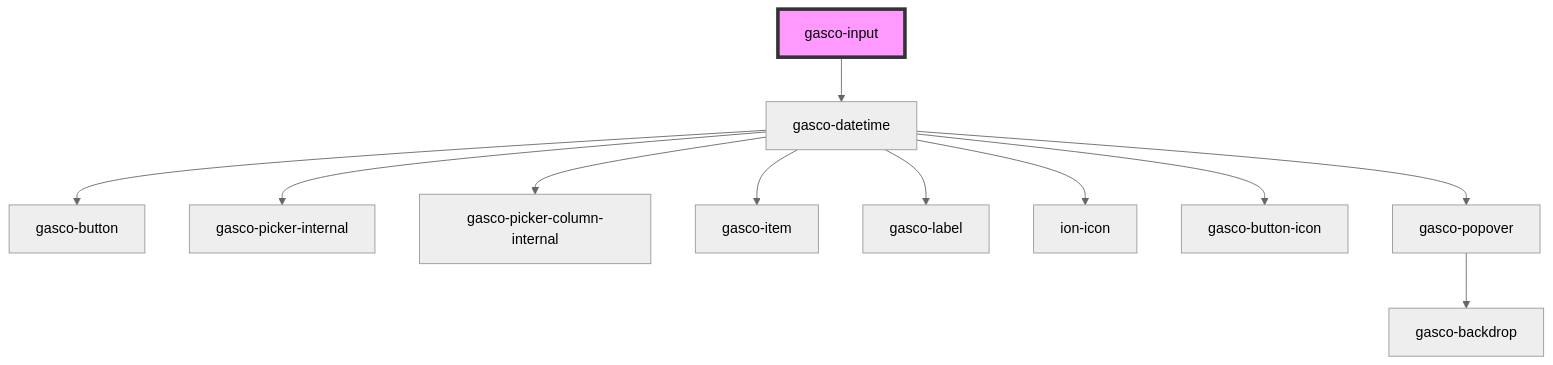
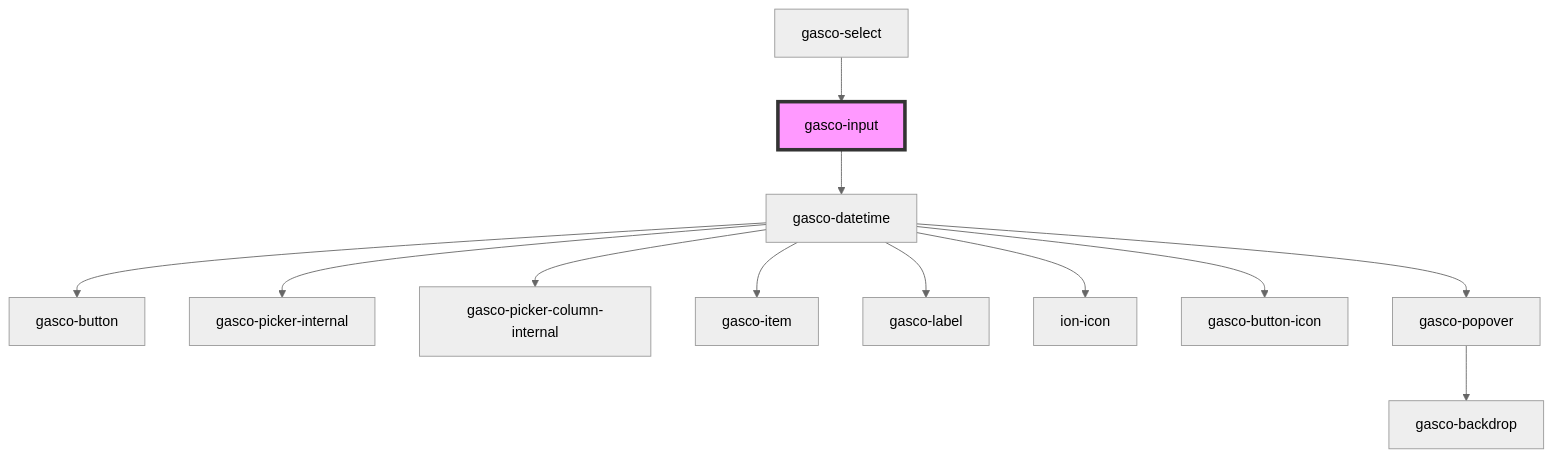
The diagram in core/src/components/gasco-input/readme.md (lac617a/gasco-core), drawn with Mermaid (neutral theme) before and after one commit. The commit also changed other lines of this file and 14 other files, not shown here.

````diff
--- a/core/src/components/gasco-input/readme.md
+++ b/core/src/components/gasco-input/readme.md
@@ -100,14 +104,15 @@
 ```mermaid
 graph TD;
   gasco-input --> gasco-datetime
   gasco-datetime --> gasco-button
   gasco-datetime --> gasco-picker-internal
   gasco-datetime --> gasco-picker-column-internal
   gasco-datetime --> gasco-item
   gasco-datetime --> gasco-label
   gasco-datetime --> ion-icon
   gasco-datetime --> gasco-button-icon
   gasco-datetime --> gasco-popover
   gasco-popover --> gasco-backdrop
+  gasco-select --> gasco-input
   style gasco-input fill:#f9f,stroke:#333,stroke-width:4px
 ```
````
